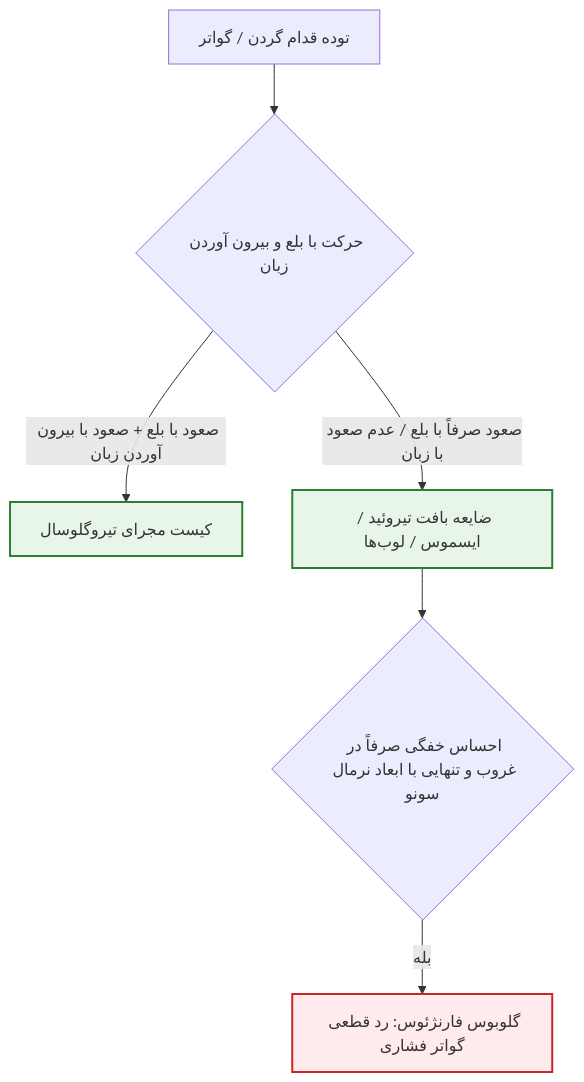
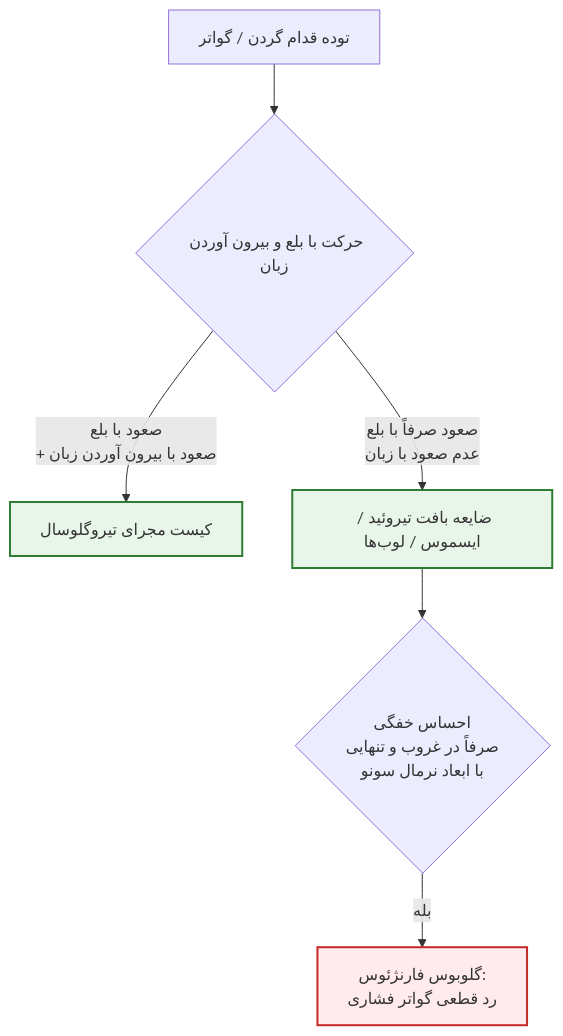
One commit to neopulse-hub/TUMS-1402-1-neo changed the first of 5 diagrams in 07/مبانی غدد/مقدمات تیروئید.md. Above: the diagram before and after it, drawn with Mermaid. The commit also changed other lines of this file, not shown here.

Commit message:
Update مقدمات تیروئید.md

````diff
--- a/07/مبانی غدد/مقدمات تیروئید.md
+++ b/07/مبانی غدد/مقدمات تیروئید.md
@@ -16,12 +16,12 @@
 ```mermaid
 flowchart TD
     classDef danger fill:#ffebee,stroke:#c62828,stroke-width:2px;
     classDef safe fill:#e8f5e9,stroke:#2e7d32,stroke-width:2px;
 
     NeckMass[توده قدام گردن / گواتر] --> Swallow{حرکت با بلع و بیرون آوردن زبان}
-    Swallow -->|صعود با بلع + صعود با بیرون آوردن زبان| TGDC[کیست مجرای تیروگلوسال]:::safe
-    Swallow -->|صعود صرفاً با بلع / عدم صعود با زبان| ThyroidOrig[ضایعه بافت تیروئید / ایسموس / لوب‌ها]:::safe
+    Swallow -->|صعود با بلع<br>+ صعود با بیرون آوردن زبان| TGDC[کیست مجرای تیروگلوسال]:::safe
+    Swallow -->|صعود صرفاً با بلع<br>عدم صعود با زبان| ThyroidOrig[ضایعه بافت تیروئید / ایسموس / لوب‌ها]:::safe
     
-    ThyroidOrig --> GlobusCheck{احساس خفگی صرفاً در غروب و تنهایی با ابعاد نرمال سونو}
-    GlobusCheck -->|بله| Globus[گلوبوس فارنژئوس: رد قطعی گواتر فشاری]:::danger
+    ThyroidOrig --> GlobusCheck{احساس خفگی<br>صرفاً در غروب و تنهایی<br>با ابعاد نرمال سونو}
+    GlobusCheck -->|بله| Globus[گلوبوس فارنژئوس:<br>رد قطعی گواتر فشاری]:::danger
 ```
````
